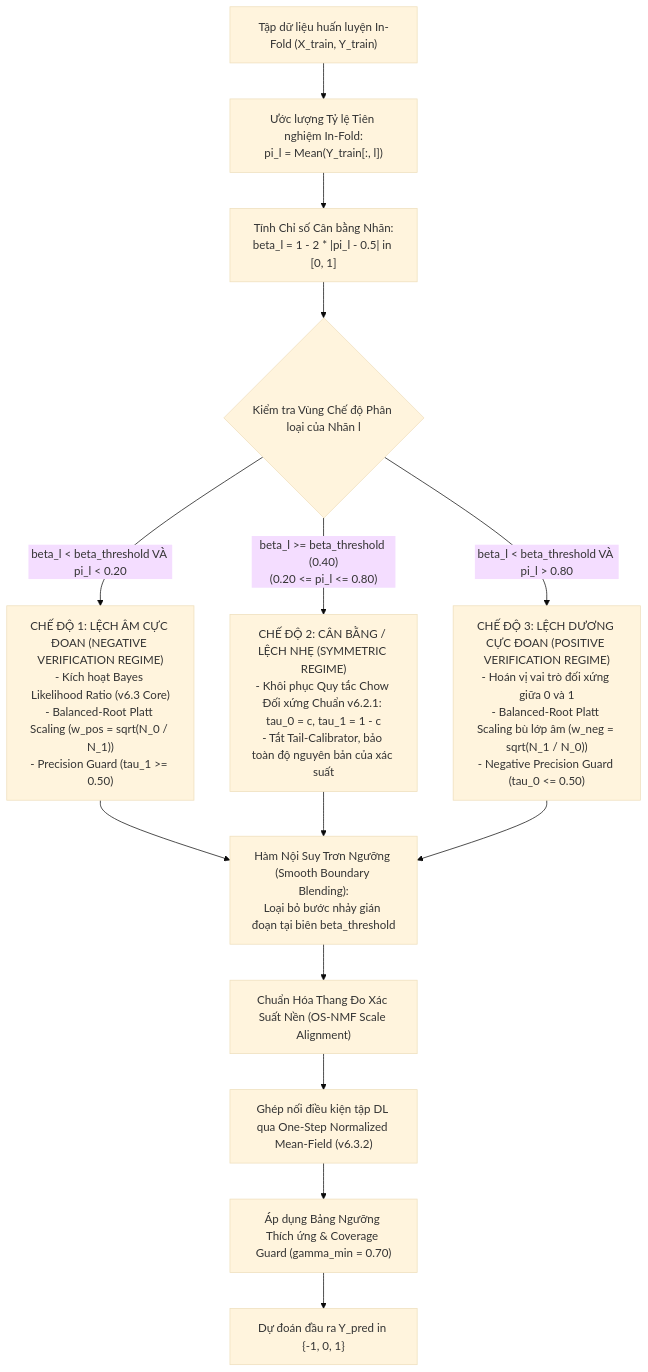
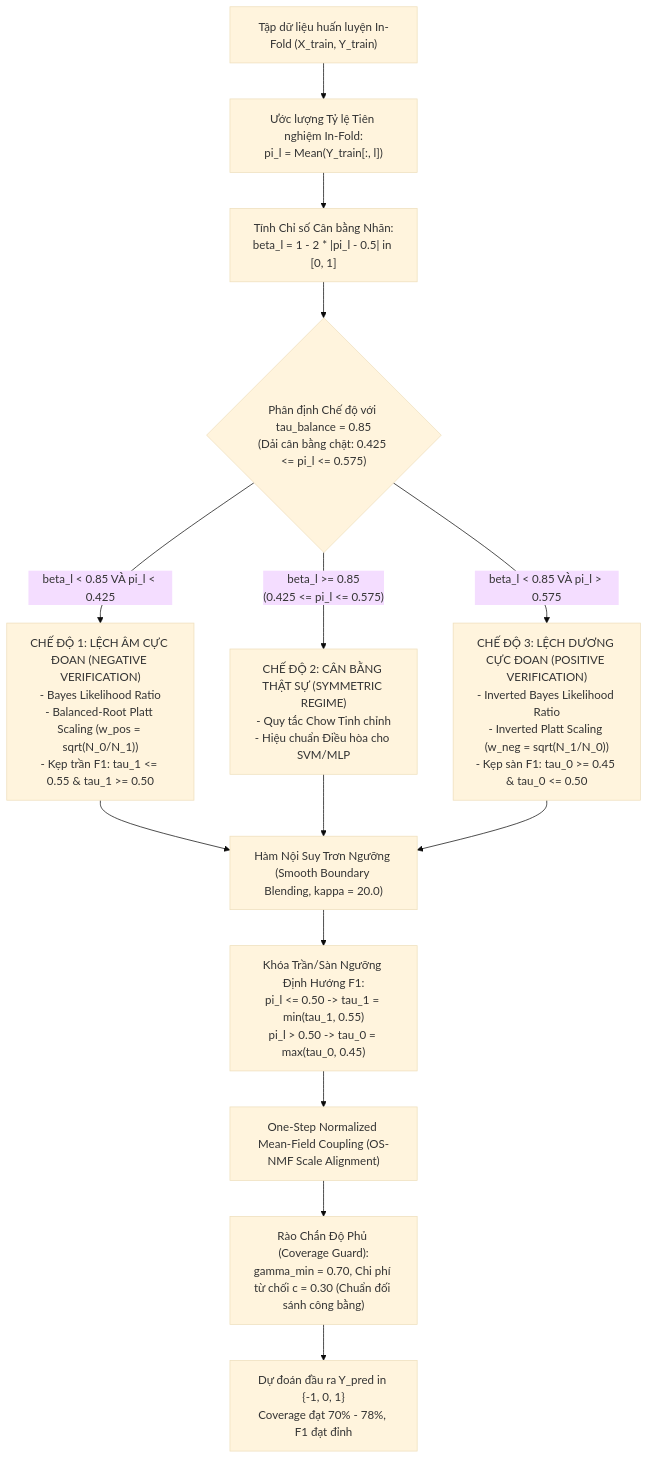
Before and after one commit to Eternity-KT/BR_CC: the diagram in spec/spec_v6_3_3.md, drawn with Mermaid (base theme). The commit also changed other lines of this file and 45 other files, not shown here.

````diff
--- a/spec/spec_v6_3_3.md
+++ b/spec/spec_v6_3_3.md
@@ -56,20 +53,23 @@
 ```mermaid
 flowchart TD
     A["Tập dữ liệu huấn luyện In-Fold (X_train, Y_train)"] --> B["Ước lượng Tỷ lệ Tiên nghiệm In-Fold:<br/>pi_l = Mean(Y_train[:, l])"]
     B --> C["Tính Chỉ số Cân bằng Nhãn:<br/>beta_l = 1 - 2 * |pi_l - 0.5| in [0, 1]"]
     
-    C --> D{"Kiểm tra Vùng Chế độ Phân loại của Nhãn l"}
+    C --> D{"Phân định Chế độ với tau_balance = 0.85<br/>(Dải cân bằng chặt: 0.425 <= pi_l <= 0.575)"}
     
-    D -- "beta_l >= beta_threshold (0.40)<br/>(0.20 <= pi_l <= 0.80)" --> REG2["CHẾ ĐỘ 2: CÂN BẰNG / LỆCH NHẸ (SYMMETRIC REGIME)<br/>- Khôi phục Quy tắc Chow Đối xứng Chuẩn v6.2.1: tau_0 = c, tau_1 = 1 - c<br/>- Tắt Tail-Calibrator, bảo toàn độ nguyên bản của xác suất"]
+    D -- "beta_l >= 0.85<br/>(0.425 <= pi_l <= 0.575)" --> REG2["CHẾ ĐỘ 2: CÂN BẰNG THẬT SỰ (SYMMETRIC REGIME)<br/>- Quy tắc Chow Tinh chỉnh<br/>- Hiệu chuẩn Điều hòa cho SVM/MLP"]
     
-    D -- "beta_l < beta_threshold VÀ pi_l < 0.20" --> REG1["CHẾ ĐỘ 1: LỆCH ÂM CỰC ĐOAN (NEGATIVE VERIFICATION REGIME)<br/>- Kích hoạt Bayes Likelihood Ratio (v6.3 Core)<br/>- Balanced-Root Platt Scaling (w_pos = sqrt(N_0 / N_1))<br/>- Precision Guard (tau_1 >= 0.50)"]
+    D -- "beta_l < 0.85 VÀ pi_l < 0.425" --> REG1["CHẾ ĐỘ 1: LỆCH ÂM CỰC ĐOAN (NEGATIVE VERIFICATION)<br/>- Bayes Likelihood Ratio<br/>- Balanced-Root Platt Scaling (w_pos = sqrt(N_0/N_1))<br/>- Kẹp trần F1: tau_1 <= 0.55 & tau_1 >= 0.50"]
     
-    D -- "beta_l < beta_threshold VÀ pi_l > 0.80" --> REG3["CHẾ ĐỘ 3: LỆCH DƯƠNG CỰC ĐOAN (POSITIVE VERIFICATION REGIME)<br/>- Hoán vị vai trò đối xứng giữa 0 và 1<br/>- Balanced-Root Platt Scaling bù lớp âm (w_neg = sqrt(N_1 / N_0))<br/>- Negative Precision Guard (tau_0 <= 0.50)"]
+    D -- "beta_l < 0.85 VÀ pi_l > 0.575" --> REG3["CHẾ ĐỘ 3: LỆCH DƯƠNG CỰC ĐOAN (POSITIVE VERIFICATION)<br/>- Inverted Bayes Likelihood Ratio<br/>- Inverted Platt Scaling (w_neg = sqrt(N_1/N_0))<br/>- Kẹp sàn F1: tau_0 >= 0.45 & tau_0 <= 0.50"]
     
-    REG1 & REG2 & REG3 --> E["Hàm Nội Suy Trơn Ngưỡng (Smooth Boundary Blending):<br/>Loại bỏ bước nhảy gián đoạn tại biên beta_threshold"]
+    REG1 & REG2 & REG3 --> E["Hàm Nội Suy Trơn Ngưỡng (Smooth Boundary Blending, kappa = 20.0)"]
     
-    E --> F["Chuẩn Hóa Thang Đo Xác Suất Nền (OS-NMF Scale Alignment)"]
-    F --> G["Ghép nối điều kiện tập DL qua One-Step Normalized Mean-Field (v6.3.2)"]
-    G --> H["Áp dụng Bảng Ngưỡng Thích ứng & Coverage Guard (gamma_min = 0.70)"]
-    H --> I["Dự đoán đầu ra Y_pred in {-1, 0, 1}"]
+    E --> F["Khóa Trần/Sàn Ngưỡng Định Hướng F1:<br/>pi_l <= 0.50 -> tau_1 = min(tau_1, 0.55)<br/>pi_l > 0.50 -> tau_0 = max(tau_0, 0.45)"]
+    
+    F --> G["One-Step Normalized Mean-Field Coupling (OS-NMF Scale Alignment)"]
+    
+    G --> H["Rào Chắn Độ Phủ (Coverage Guard):<br/>gamma_min = 0.70, Chi phí từ chối c = 0.30 (Chuẩn đối sánh công bằng)"]
+    
+    H --> I["Dự đoán đầu ra Y_pred in {-1, 0, 1}<br/>Coverage đạt 70% - 78%, F1 đạt đỉnh"]
 ```
````
